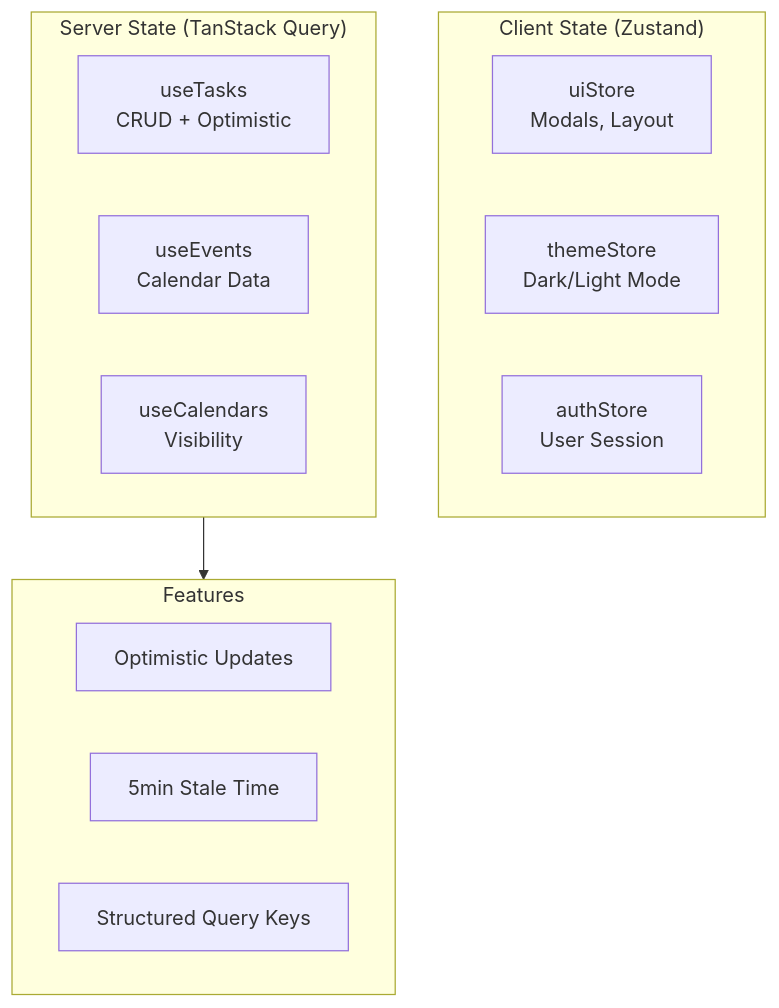
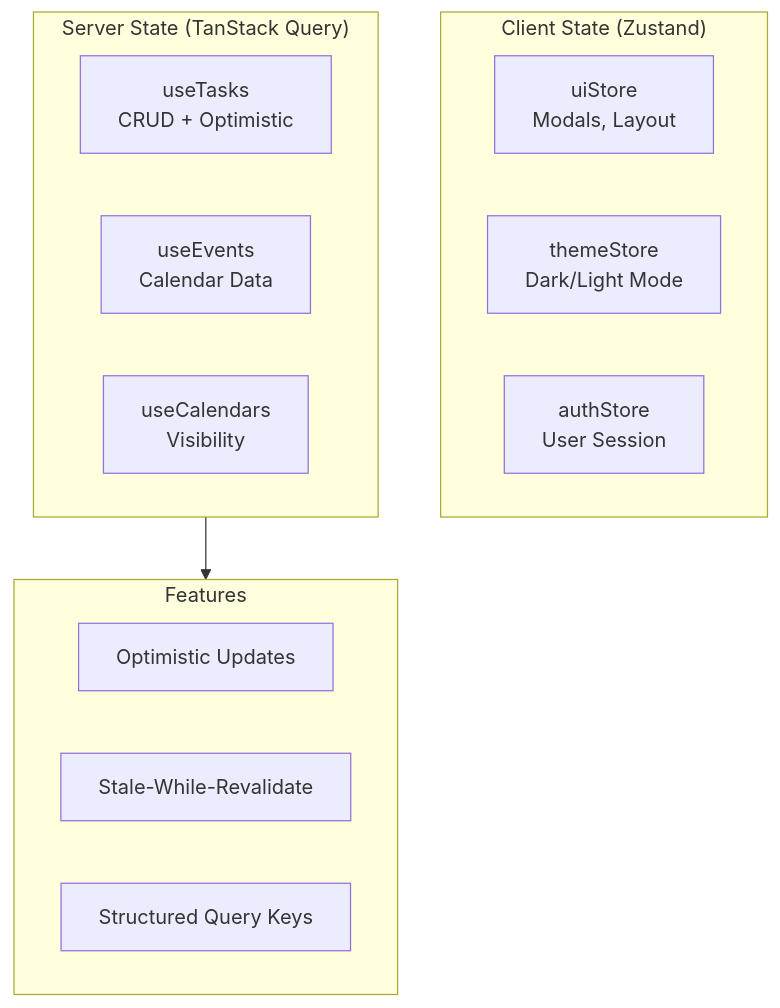
The third of 4 diagrams in README.md (yadava5/cadence), drawn with Mermaid before and after one commit. The commit also changed other lines of this file and 17 other files, not shown here.

````diff
--- a/README.md
+++ b/README.md
@@ -175,22 +178,22 @@
 ```mermaid
 flowchart TB
     subgraph Client["Client State (Zustand)"]
         UI[uiStore<br/>Modals, Layout]
         Theme[themeStore<br/>Dark/Light Mode]
         Auth[authStore<br/>User Session]
     end
 
     subgraph Server["Server State (TanStack Query)"]
         Tasks[useTasks<br/>CRUD + Optimistic]
         Events[useEvents<br/>Calendar Data]
         Calendars[useCalendars<br/>Visibility]
     end
 
     subgraph Features
         Optimistic[Optimistic Updates]
-        Cache[5min Stale Time]
+        Cache[Stale-While-Revalidate]
         Invalidation[Structured Query Keys]
     end
 
     Server --> Features
 ```
````
